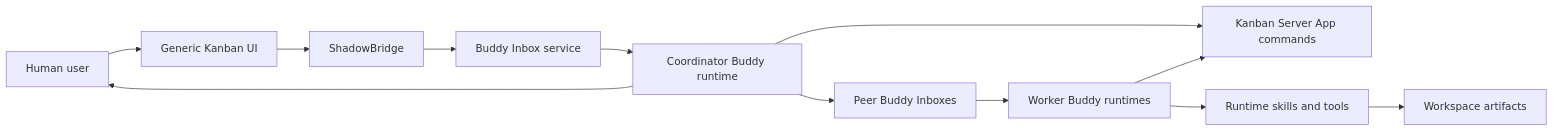
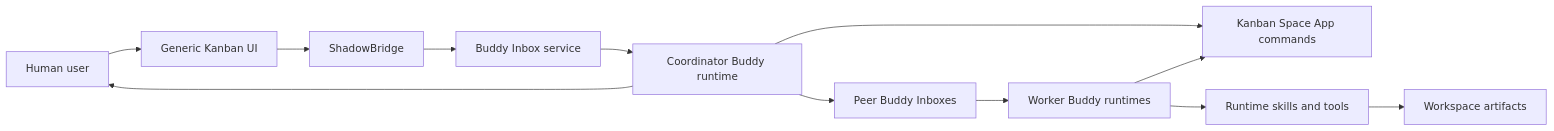
Before and after one commit to buggyblues/shadow: the first of 4 diagrams in docs/development/buddy-coordinator-kanban-runtime-research.md, drawn with Mermaid. The commit also changed other lines of this file and 1186 other files, not shown here.

````diff
--- a/docs/development/buddy-coordinator-kanban-runtime-research.md
+++ b/docs/development/buddy-coordinator-kanban-runtime-research.md
@@ -86,14 +86,14 @@
 ```mermaid
 flowchart LR
   U["Human user"] --> K["Generic Kanban UI"]
   K --> B["ShadowBridge"]
   B --> I["Buddy Inbox service"]
   I --> C["Coordinator Buddy runtime"]
-  C --> KAPI["Kanban Server App commands"]
+  C --> KAPI["Kanban Space App commands"]
   C --> PI["Peer Buddy Inboxes"]
   PI --> W["Worker Buddy runtimes"]
   W --> S["Runtime skills and tools"]
   S --> A["Workspace artifacts"]
   W --> KAPI
   C --> U
 ```
````
